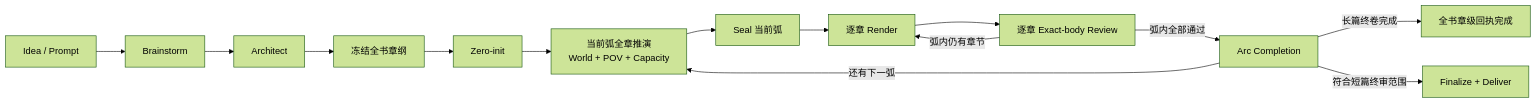
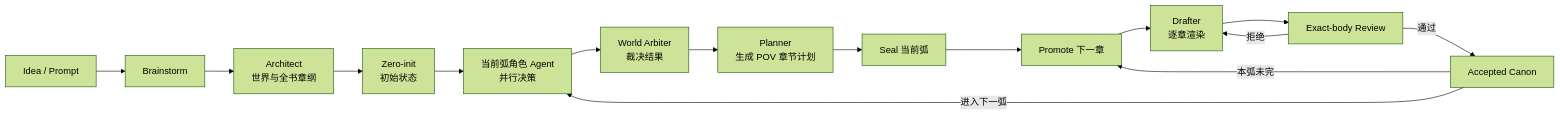
Before and after one commit to Xiaoyangy/novel-studio: the diagram in README.md, drawn with Mermaid (forest theme). The commit also changed other lines of this file and 1 other file, not shown here.

````diff
--- a/README.md
+++ b/README.md
@@ -157,16 +144,17 @@
 ```mermaid
 flowchart LR
-    P["Idea / Prompt"] --> B["Brainstorm"]
-    B --> A["Architect"]
-    A --> O["冻结全书章纲"]
-    O --> Z["Zero-init"]
-    Z --> AP["当前弧全章推演<br/>World + POV + Capacity"]
-    AP --> S["Seal 当前弧"]
-    S --> R["逐章 Render"]
-    R --> Q["逐章 Exact-body Review"]
-    Q -->|弧内仍有章节| R
-    Q -->|弧内全部通过| C["Arc Completion"]
-    C -->|还有下一弧| AP
-    C -->|长篇终卷完成| F["全书章级回执完成"]
-    C -->|符合短篇终审范围| SF["Finalize + Deliver"]
+    I["Idea / Prompt"] --> B["Brainstorm"]
+    B --> A["Architect<br/>世界与全书章纲"]
+    A --> Z["Zero-init<br/>初始状态"]
+    Z --> C["当前弧角色 Agent<br/>并行决策"]
+    C --> W["World Arbiter<br/>裁决结果"]
+    W --> P["Planner<br/>生成 POV 章节计划"]
+    P --> S["Seal 当前弧"]
+    S --> M["Promote 下一章"]
+    M --> D["Drafter<br/>逐章渲染"]
+    D --> R["Exact-body Review"]
+    R -->|通过| K["Accepted Canon"]
+    R -->|拒绝| D
+    K -->|本弧未完| M
+    K -->|进入下一弧| C
 ```
````
